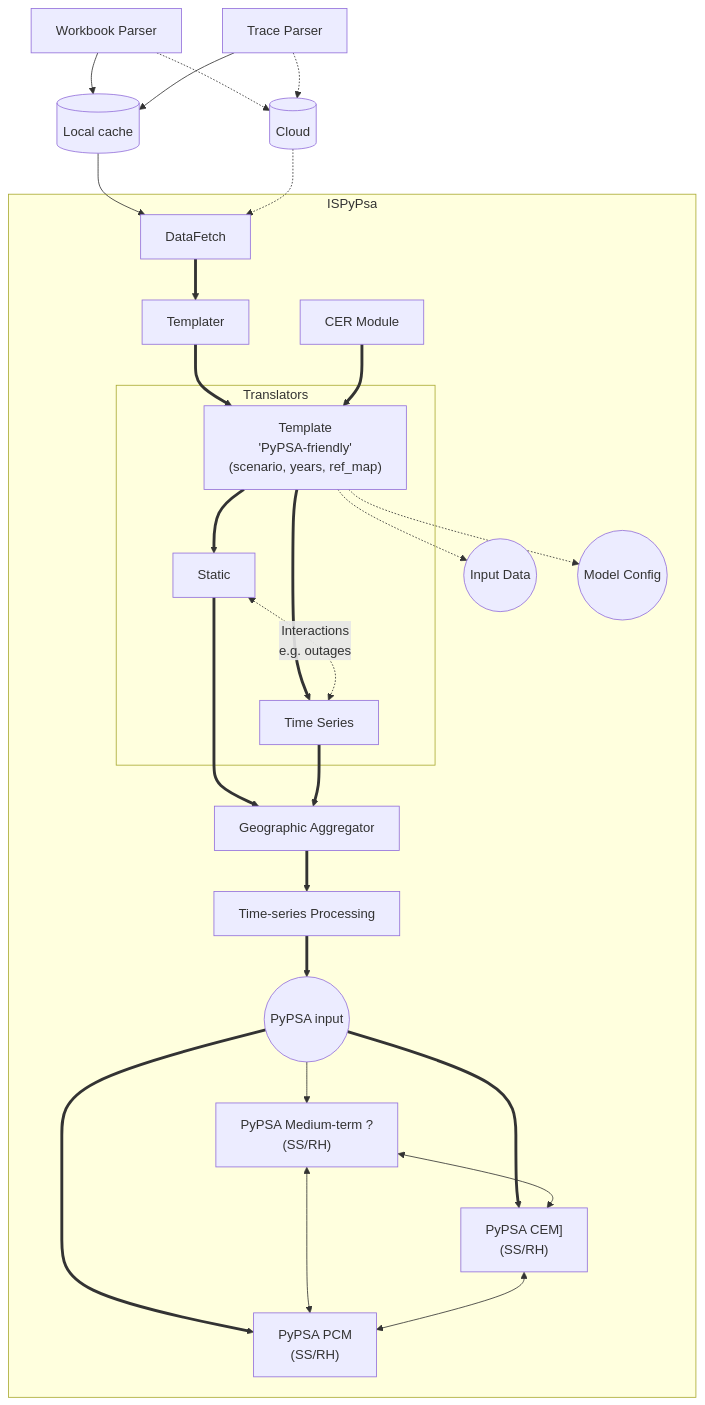
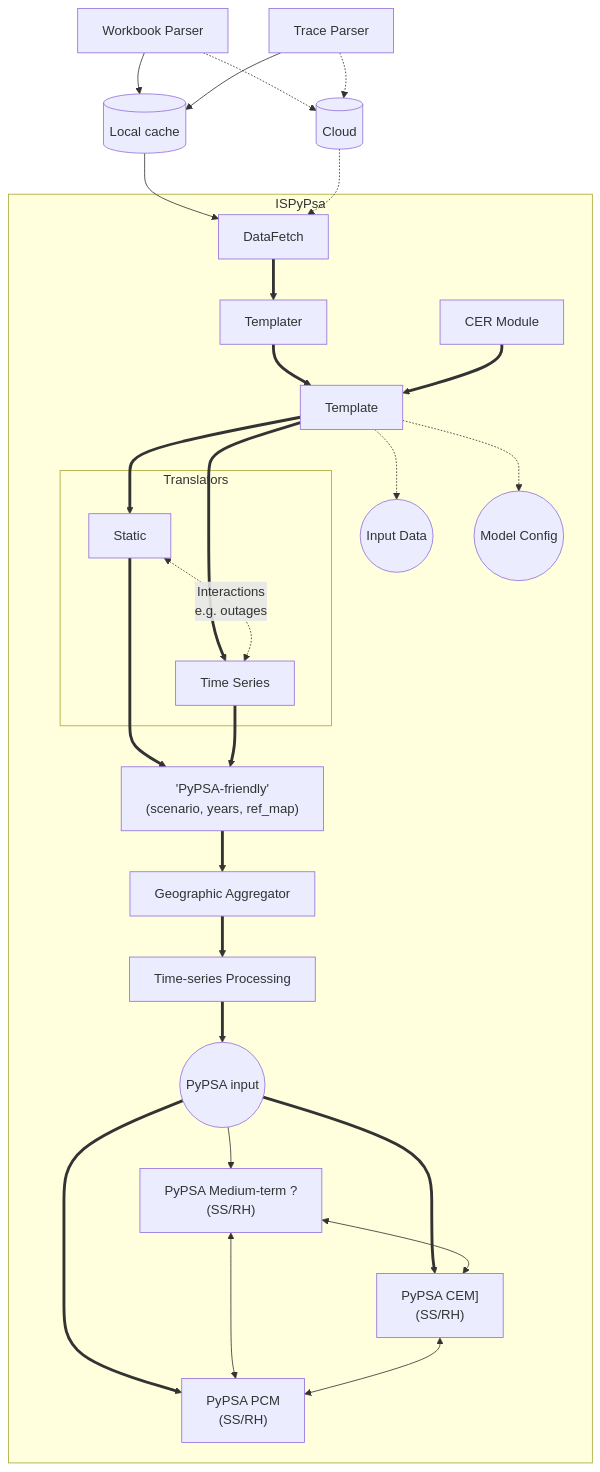
One commit to Open-ISP/project-planning changed the diagram in architecture.md. Above: the diagram before and after it, drawn with Mermaid.

Commit message:
distinguish template and translators

````diff
--- a/architecture.md
+++ b/architecture.md
@@ -3,37 +3,37 @@
 ```mermaid
 flowchart TD
     WorkbookParser[Workbook Parser] --> Cache
     WorkbookParser[Workbook Parser] .-> Cloud
     TraceParser[Trace Parser] --> Cache
     TraceParser[Trace Parser] .-> Cloud
     Cache[(Local cache)] --> DataFetch
     Cloud[(Cloud)] .-> DataFetch
     subgraph ISPyPsa
     DataFetch ==> Templater[Templater]
-    Templater ==> Template["Template
-    'PyPSA-friendly'
-    (scenario, years, ref_map)"]
+    Templater ==> Template[Template]
     CER[CER Module] ==> Template
     Template .-> Input((Input Data))
     Template .-> Config((Model Config))
-    subgraph Translators
     Template ==> Static[Static]
     Template ==> TS[Time Series]
+    subgraph Translators
     Static <.->|Interactions
     e.g. outages| TS
     end
-    Static ==> Aggregator[Geographic Aggregator]
-    TS ==> Aggregator
+    Static ==> PyPSAFriendly["'PyPSA-friendly'
+    (scenario, years, ref_map)"] 
+    TS ==> PyPSAFriendly
+    PyPSAFriendly ==> Aggregator[Geographic Aggregator]
     Aggregator ==> TSP[Time-series Processing]
     TSP ==> ModelData((PyPSA input))
     ModelData ==> CEM["PyPSA CEM]
     (SS/RH)"]
     ModelData ==> PCM["PyPSA PCM
     (SS/RH)"]
     ModelData --> MT["PyPSA Medium-term ?
     (SS/RH)"]
     MT <--> CEM
     MT <--> PCM
     CEM <--> PCM
     end
 ```
````
